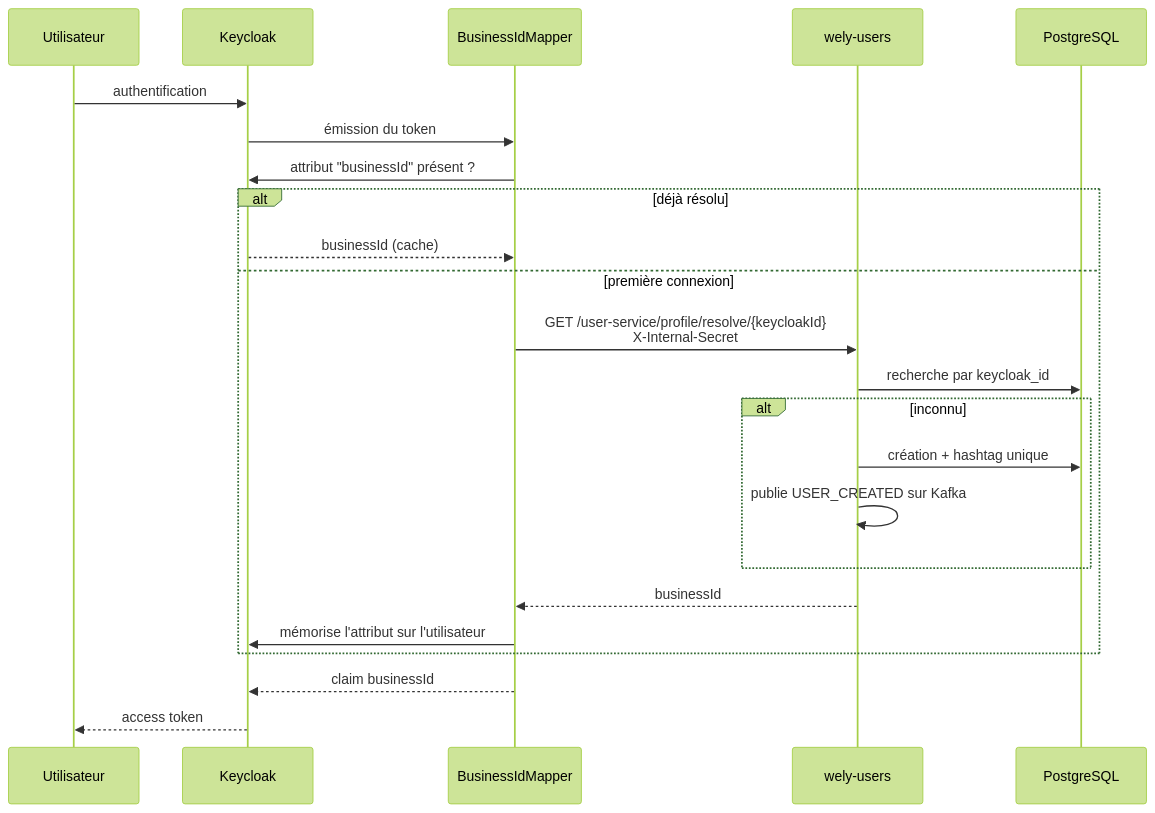
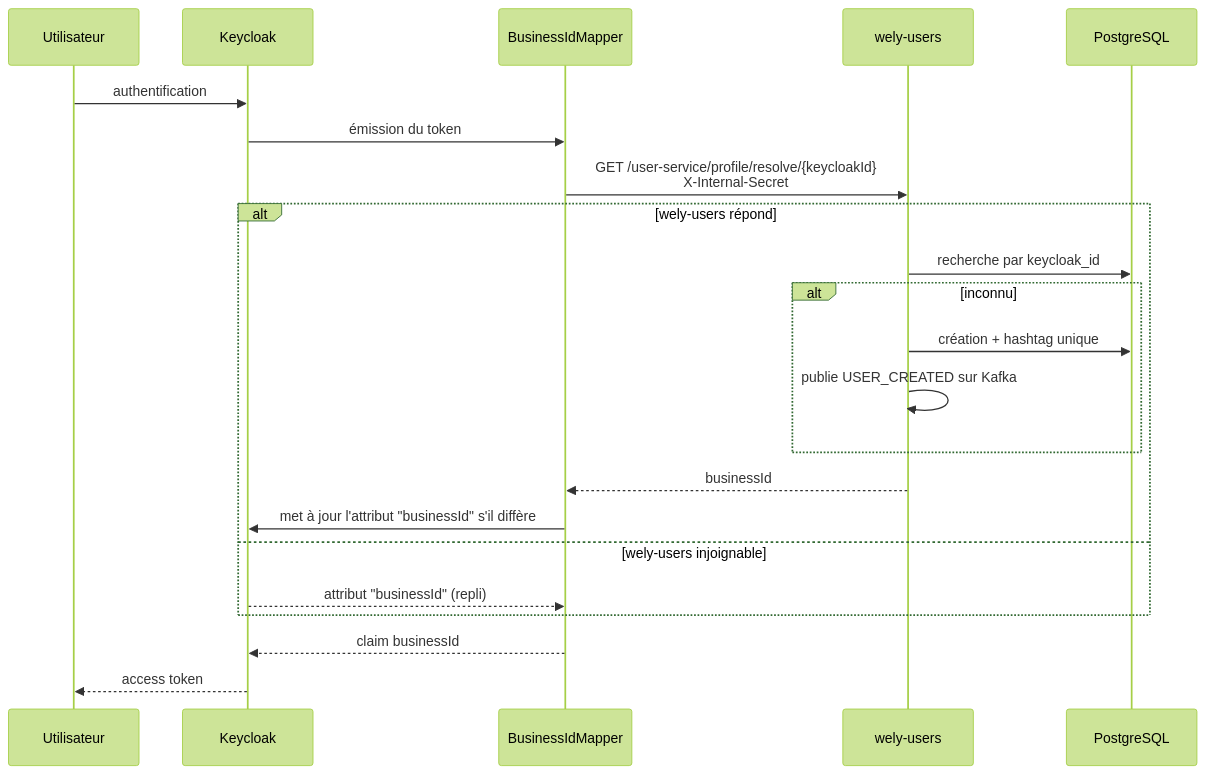
Before and after one commit to WelyLabs/wely-identity: the diagram in README.md, drawn with Mermaid (forest theme). The commit also changed other lines of this file and 10 other files, not shown here.

First line of the commit message:
fix(mapper): resolve the business id through wely-users on every token (#4)

````diff
--- a/README.md
+++ b/README.md
@@ -25,28 +25,26 @@
 ```mermaid
 sequenceDiagram
     participant U as Utilisateur
     participant KC as Keycloak
     participant M as BusinessIdMapper
     participant API as wely-users
     participant DB as PostgreSQL
 
     U->>KC: authentification
     KC->>M: émission du token
-    M->>KC: attribut "businessId" présent ?
-
-    alt déjà résolu
-        KC-->>M: businessId (cache)
-    else première connexion
-        M->>API: GET /user-service/profile/resolve/{keycloakId}<br/>X-Internal-Secret
+    M->>API: GET /user-service/profile/resolve/{keycloakId}<br/>X-Internal-Secret
+    alt wely-users répond
         API->>DB: recherche par keycloak_id
         alt inconnu
             API->>DB: création + hashtag unique
             API->>API: publie USER_CREATED sur Kafka
         end
         API-->>M: businessId
-        M->>KC: mémorise l'attribut sur l'utilisateur
+        M->>KC: met à jour l'attribut "businessId" s'il diffère
+    else wely-users injoignable
+        KC-->>M: attribut "businessId" (repli)
     end
 
     M-->>KC: claim businessId
     KC-->>U: access token
 ```
````
